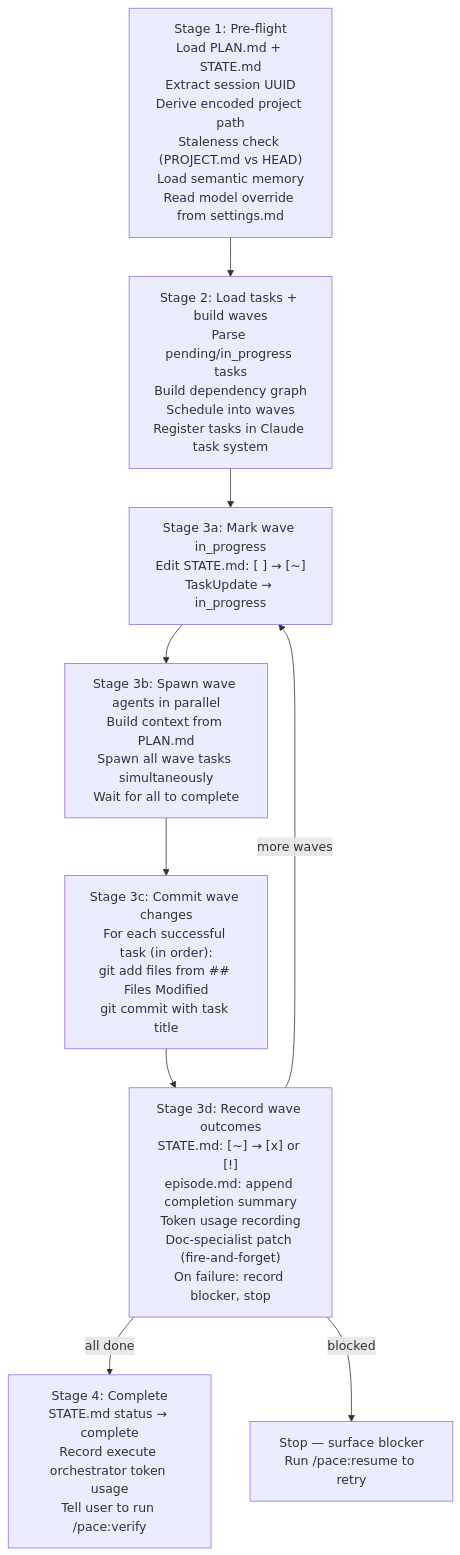
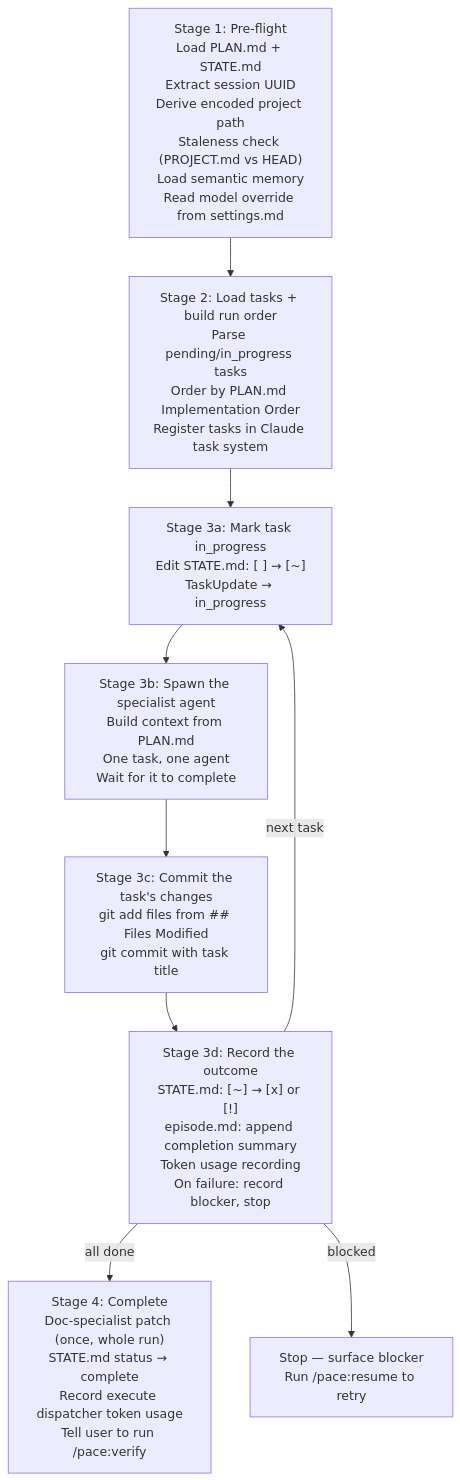
The third of 3 diagrams in docs/README.md (jwprichard/pace), drawn with Mermaid before and after one commit. The commit also changed other lines of this file and 17 other files, not shown here.

First line of the commit message:
Replace agent swarm with singular agents for plan, execute, and review

````diff
--- a/docs/README.md
+++ b/docs/README.md
@@ -145,19 +141,19 @@
 ```mermaid
 flowchart TD
     E1["Stage 1: Pre-flight\nLoad PLAN.md + STATE.md\nExtract session UUID\nDerive encoded project path\nStaleness check (PROJECT.md vs HEAD)\nLoad semantic memory\nRead model override from settings.md"]
-    E2["Stage 2: Load tasks + build waves\nParse pending/in_progress tasks\nBuild dependency graph\nSchedule into waves\nRegister tasks in Claude task system"]
-    E3a["Stage 3a: Mark wave in_progress\nEdit STATE.md: [ ] → [~]\nTaskUpdate → in_progress"]
-    E3b["Stage 3b: Spawn wave agents in parallel\nBuild context from PLAN.md\nSpawn all wave tasks simultaneously\nWait for all to complete"]
-    E3c["Stage 3c: Commit wave changes\nFor each successful task (in order):\ngit add files from ## Files Modified\ngit commit with task title"]
-    E3d["Stage 3d: Record wave outcomes\nSTATE.md: [~] → [x] or [!]\nepisode.md: append completion summary\nToken usage recording\nDoc-specialist patch (fire-and-forget)\nOn failure: record blocker, stop"]
-    E4["Stage 4: Complete\nSTATE.md status → complete\nRecord execute orchestrator token usage\nTell user to run /pace:verify"]
+    E2["Stage 2: Load tasks + build run order\nParse pending/in_progress tasks\nOrder by PLAN.md Implementation Order\nRegister tasks in Claude task system"]
+    E3a["Stage 3a: Mark task in_progress\nEdit STATE.md: [ ] → [~]\nTaskUpdate → in_progress"]
+    E3b["Stage 3b: Spawn the specialist agent\nBuild context from PLAN.md\nOne task, one agent\nWait for it to complete"]
+    E3c["Stage 3c: Commit the task's changes\ngit add files from ## Files Modified\ngit commit with task title"]
+    E3d["Stage 3d: Record the outcome\nSTATE.md: [~] → [x] or [!]\nepisode.md: append completion summary\nToken usage recording\nOn failure: record blocker, stop"]
+    E4["Stage 4: Complete\nDoc-specialist patch (once, whole run)\nSTATE.md status → complete\nRecord execute dispatcher token usage\nTell user to run /pace:verify"]
 
     E1 --> E2
     E2 --> E3a
     E3a --> E3b
     E3b --> E3c
     E3c --> E3d
-    E3d -->|more waves| E3a
+    E3d -->|next task| E3a
     E3d -->|all done| E4
     E3d -->|blocked| STOP["Stop — surface blocker\nRun /pace:resume to retry"]
 ```
````
